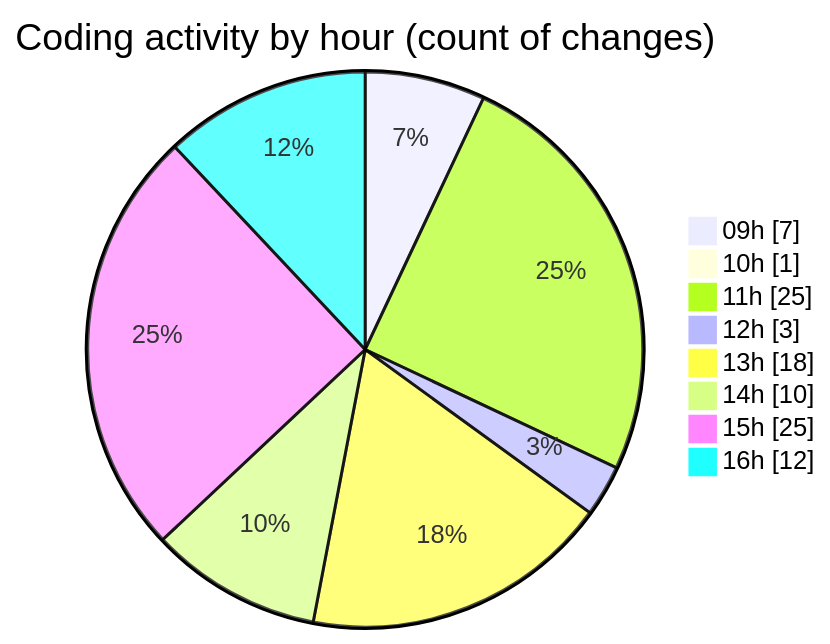
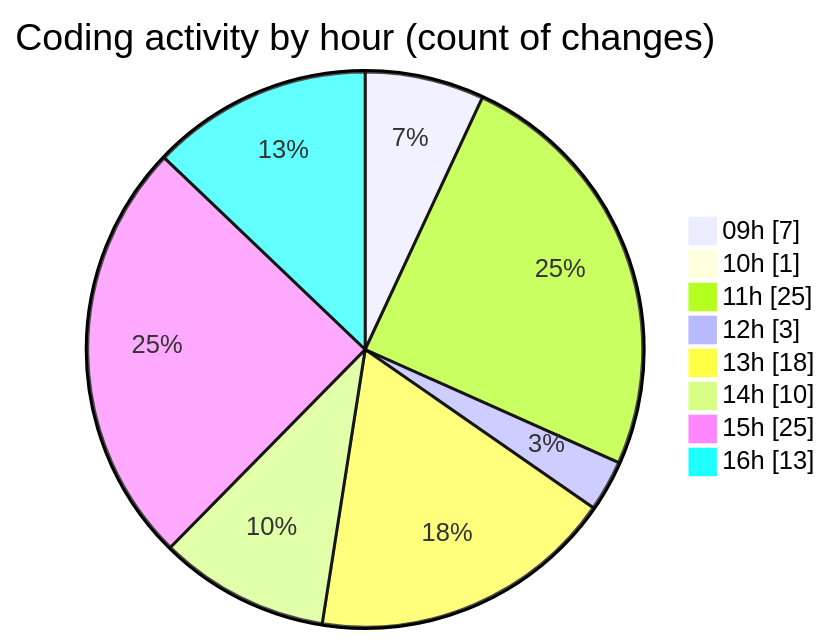
One commit to momahboobian/code-tracking changed the second of 2 diagrams in 2025-07-30/cda/README.md. Above: the diagram before and after it, drawn with Mermaid. The commit also changed other lines of this file and 1 other file, not shown here.

````diff
--- a/2025-07-30/cda/README.md
+++ b/2025-07-30/cda/README.md
@@ -42,12 +42,12 @@
 ```mermaid
 pie showData
 title Coding activity by hour (count of changes)
 "09h" : 7
 "10h" : 1
 "11h" : 25
 "12h" : 3
 "13h" : 18
 "14h" : 10
 "15h" : 25
-"16h" : 12
+"16h" : 13
 ```
````
